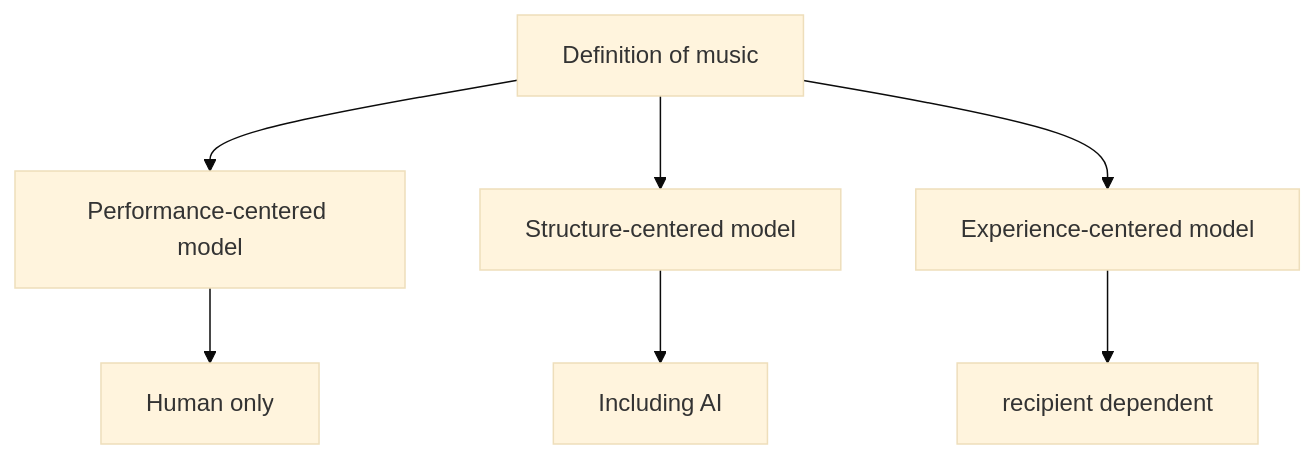
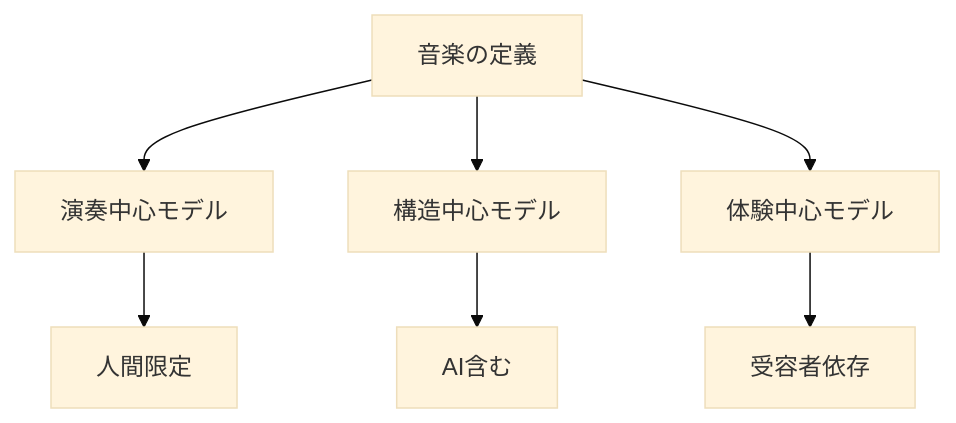
One commit to monumental-movement/monumental-movement.github.io changed the fourth of 4 diagrams in en/_posts/2026-06-27-column-ai-music-future.md. Above: the diagram before and after it, drawn with Mermaid (base theme). The commit also changed other lines of this file and 2196 other files, not shown here.

```diff
--- a/en/_posts/2026-06-27-column-ai-music-future.md
+++ b/en/_posts/2026-06-27-column-ai-music-future.md
@@ -216,9 +216,9 @@
 <div class="mermaid">
 flowchart TD
-A["Definition of music"] --> B["Performance-centered model"]
-A --> C["Structure-centered model"]
-A --> D["Experience-centered model"]
-B --> E["Human only"]
-C --> F["Including AI"]
-D --> G["recipient dependent"]
+A["音楽の定義"] --> B["演奏中心モデル"]
+A --> C["構造中心モデル"]
+A --> D["体験中心モデル"]
+B --> E["人間限定"]
+C --> F["AI含む"]
+D --> G["受容者依存"]
 </div>
```
